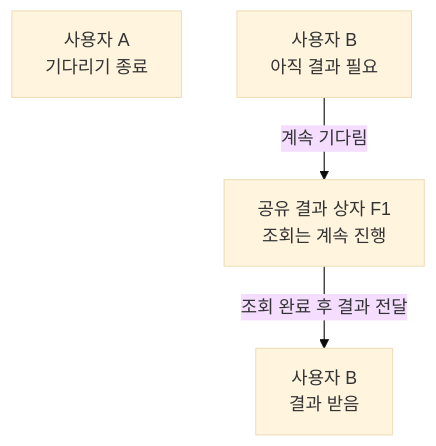
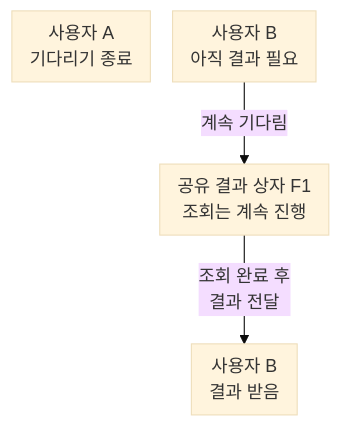
Before and after one commit to jhkimm96/jihee-portfolio: the fourth of 4 diagrams in content/study/cs/cancellation-propagation.mdx, drawn with Mermaid (base theme). The commit also changed other lines of this file and 5 other files, not shown here.

````diff
--- a/content/study/cs/cancellation-propagation.mdx
+++ b/content/study/cs/cancellation-propagation.mdx
@@ -110,6 +111,7 @@
 ```mermaid
+%%{init: {"flowchart": {"nodeSpacing": 20, "padding": 8}}}%%
 flowchart TD
     A["사용자 A<br/>기다리기 종료"]
     B["사용자 B<br/>아직 결과 필요"] -->|"계속 기다림"| F["공유 결과 상자 F1<br/>조회는 계속 진행"]
-    F -->|"조회 완료 후 결과 전달"| R["사용자 B<br/>결과 받음"]
+    F -->|"조회 완료 후<br/>결과 전달"| R["사용자 B<br/>결과 받음"]
 ```
````
